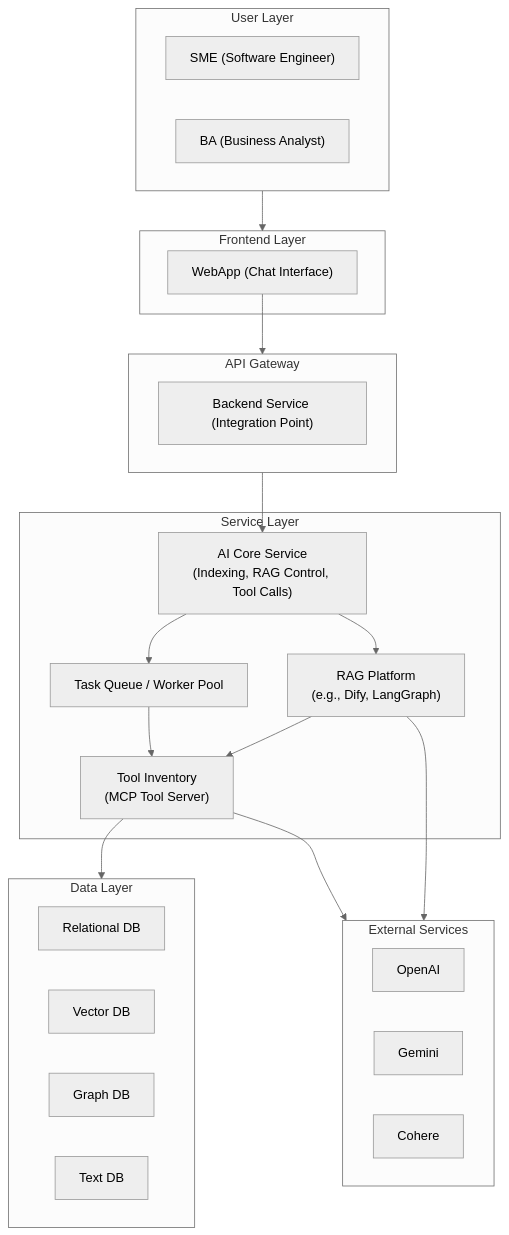
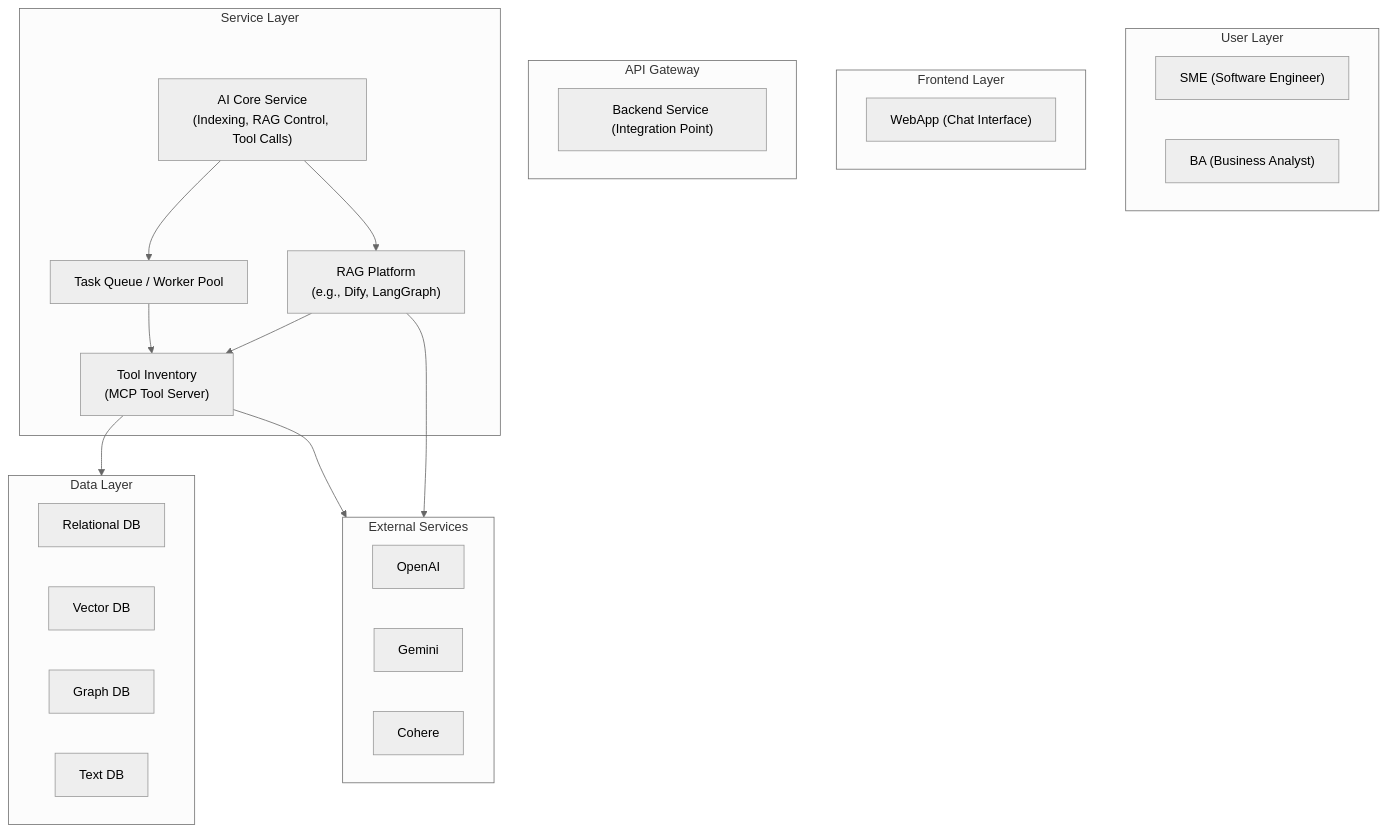
The second of 3 diagrams in Project Assistant/README.md (anhttmle/CAIO), drawn with Mermaid (neutral theme) before and after one commit.

````diff
--- a/Project Assistant/README.md
+++ b/Project Assistant/README.md
@@ -28,50 +28,46 @@
 ```mermaid
 
 graph TB
     subgraph LUser["User Layer"]
         SME["SME (Software Engineer)"]
         BA["BA (Business Analyst)"]
     end
 
     subgraph LFrontend["Frontend Layer"]
         WebApp["WebApp (Chat Interface)"]
     end
 
     subgraph LAPI["API Gateway"]
         BE["Backend Service (Integration Point)"]
     end
 
     subgraph LService["Service Layer"]
         AI["AI Core Service<br>(Indexing, RAG Control, Tool Calls)"]
         Worker["Task Queue / Worker Pool"]
         RAGPlatform["RAG Platform<br>(e.g., Dify, LangGraph)"]
         ToolInventory["Tool Inventory<br>(MCP Tool Server)"]
     end
 
     subgraph LData["Data Layer"]
         RelDB["Relational DB"]
         VecDB["Vector DB"]
         GraphDB["Graph DB"]
         TextDB["Text DB"]
     end
 
     subgraph LExternal["External Services"]
         OpenAI["OpenAI"]
         Gemini["Gemini"]
         Cohere["Cohere"]
     end
 
-    LUser --> LFrontend
-    WebApp --> LAPI
-    LAPI --> AI
-    
     AI --> RAGPlatform
     AI --> Worker
     Worker --> ToolInventory
     RAGPlatform --> ToolInventory
 
     ToolInventory --> LData
     ToolInventory --> LExternal
     RAGPlatform --> LExternal
 
 ```
````
